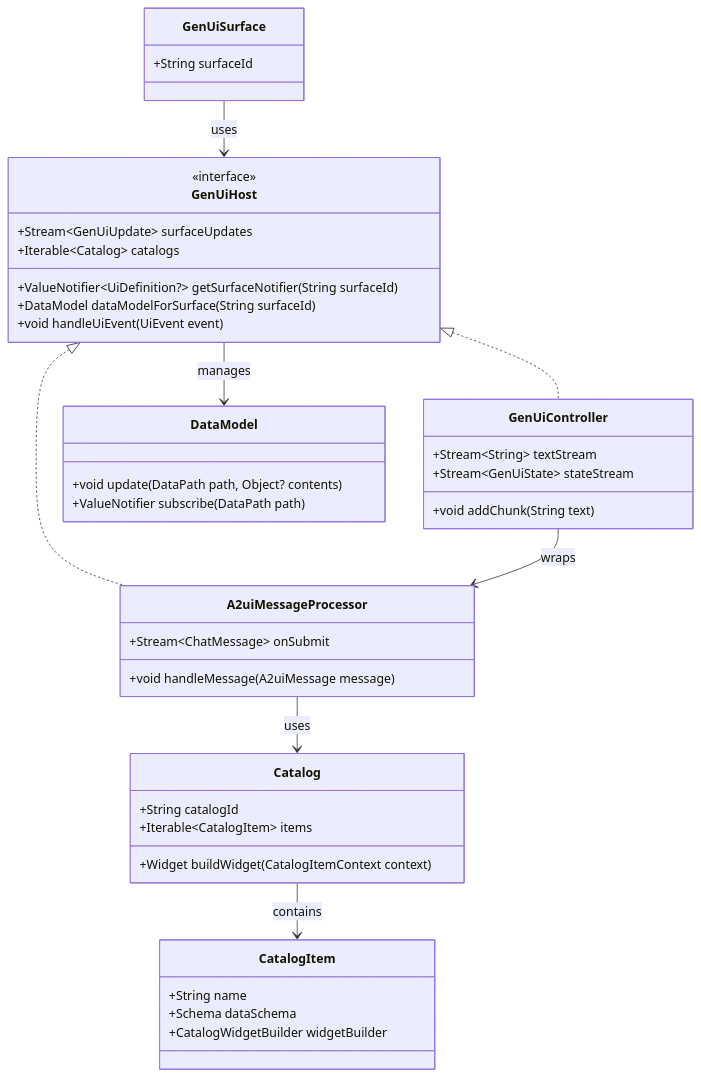
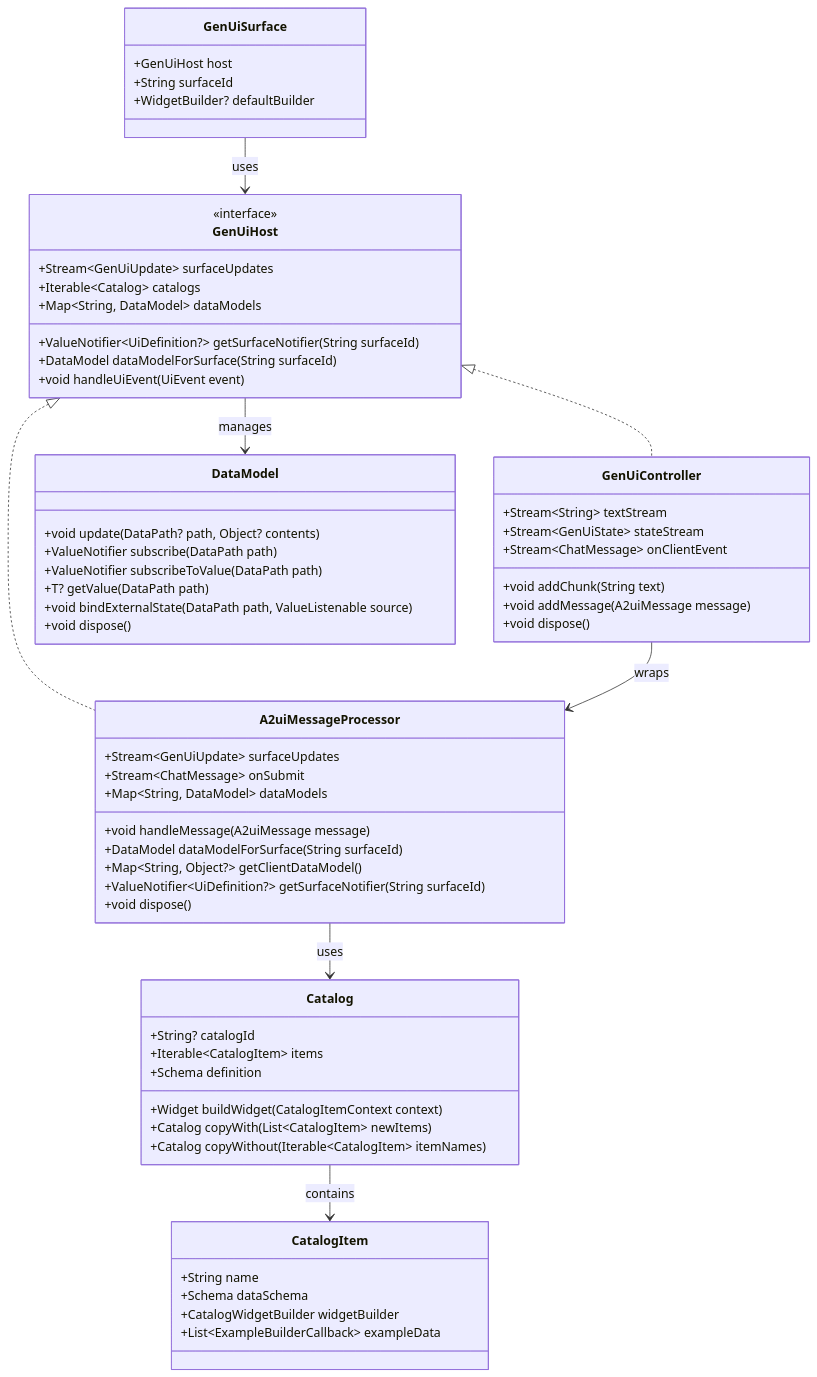
One commit to polina-c/genui changed the diagram in packages/genui/guide.md. Above: the diagram before and after it, drawn with Mermaid. The commit also changed other lines of this file, not shown here.

Commit message:
Update diagram

````diff
--- a/packages/genui/guide.md
+++ b/packages/genui/guide.md
@@ -22,51 +22,71 @@
 ```mermaid
 classDiagram
     class GenUiHost {
         <<interface>>
         +Stream~GenUiUpdate~ surfaceUpdates
         +ValueNotifier~UiDefinition?~ getSurfaceNotifier(String surfaceId)
         +Iterable~Catalog~ catalogs
+        +Map~String, DataModel~ dataModels
         +DataModel dataModelForSurface(String surfaceId)
         +void handleUiEvent(UiEvent event)
     }
 
     class A2uiMessageProcessor {
         +void handleMessage(A2uiMessage message)
+        +Stream~GenUiUpdate~ surfaceUpdates
         +Stream~ChatMessage~ onSubmit
+        +Map~String, DataModel~ dataModels
+        +DataModel dataModelForSurface(String surfaceId)
+        +Map~String, Object?~ getClientDataModel()
+        +ValueNotifier~UiDefinition?~ getSurfaceNotifier(String surfaceId)
+        +void dispose()
     }
 
     class GenUiController {
         +void addChunk(String text)
+        +void addMessage(A2uiMessage message)
         +Stream~String~ textStream
         +Stream~GenUiState~ stateStream
+        +Stream~ChatMessage~ onClientEvent
+        +void dispose()
     }
 
     class GenUiSurface {
+        +GenUiHost host
         +String surfaceId
+        +WidgetBuilder? defaultBuilder
     }
 
     class Catalog {
-        +String catalogId
+        +String? catalogId
         +Iterable~CatalogItem~ items
+        +Schema definition
         +Widget buildWidget(CatalogItemContext context)
+        +Catalog copyWith(List~CatalogItem~ newItems)
+        +Catalog copyWithout(Iterable~CatalogItem~ itemNames)
     }
 
     class CatalogItem {
         +String name
         +Schema dataSchema
         +CatalogWidgetBuilder widgetBuilder
+        +List~ExampleBuilderCallback~ exampleData
     }
 
     class DataModel {
-        +void update(DataPath path, Object? contents)
+        +void update(DataPath? path, Object? contents)
         +ValueNotifier subscribe(DataPath path)
+        +ValueNotifier subscribeToValue(DataPath path)
+        +T? getValue(DataPath path)
+        +void bindExternalState(DataPath path, ValueListenable source)
+        +void dispose()
     }
 
     GenUiHost <|.. A2uiMessageProcessor
     GenUiHost <|.. GenUiController
     GenUiController --> A2uiMessageProcessor : wraps
     GenUiSurface --> GenUiHost : uses
     A2uiMessageProcessor --> Catalog : uses
     Catalog --> CatalogItem : contains
     GenUiHost --> DataModel : manages
 ```
````
